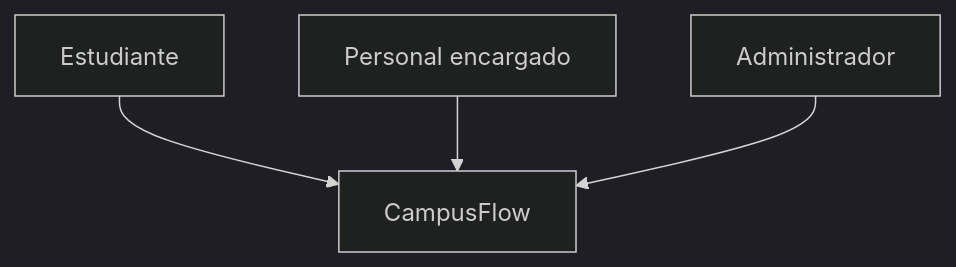
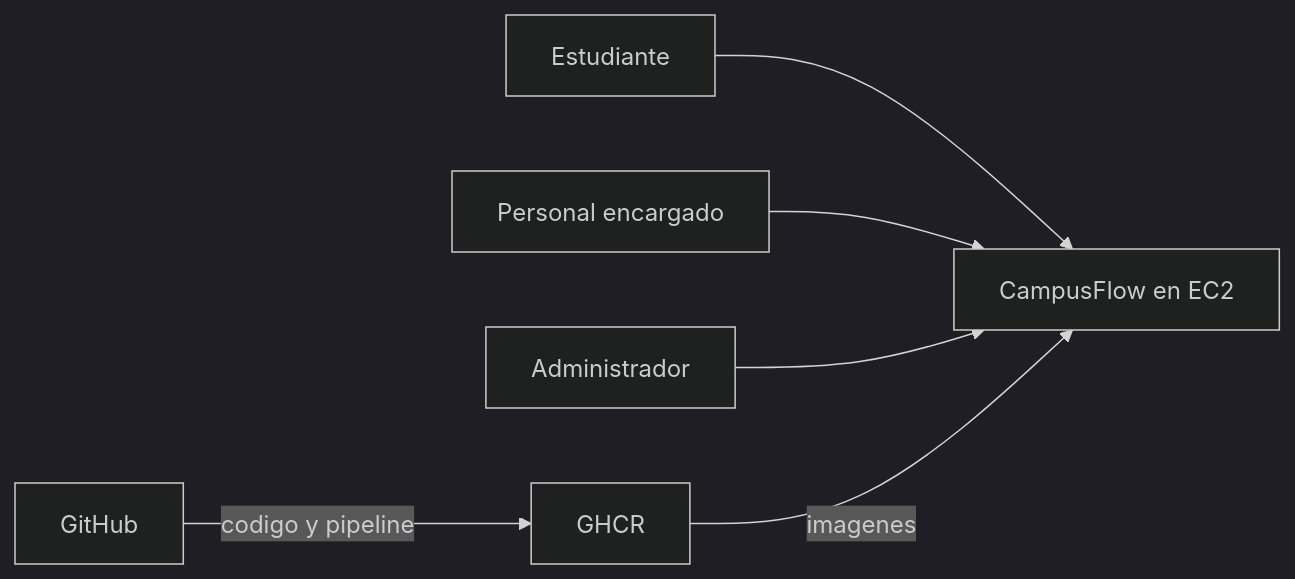
One commit to Sebastian080502/campusflow changed the diagram in docs/05-architecture/c4-context.md. Above: the diagram before and after it, drawn with Mermaid (dark theme). The commit also changed other lines of this file and 75 other files, not shown here.

````diff
--- a/docs/05-architecture/c4-context.md
+++ b/docs/05-architecture/c4-context.md
@@ -3,10 +3,14 @@
 ```mermaid
-flowchart TB
+flowchart LR
   estudiante[Estudiante]
   personal[Personal encargado]
   admin[Administrador]
-  campusflow[CampusFlow]
+  campusflow[CampusFlow en EC2]
+  github[GitHub]
+  ghcr[GHCR]
   estudiante --> campusflow
   personal --> campusflow
   admin --> campusflow
+  github -->|codigo y pipeline| ghcr
+  ghcr -->|imagenes| campusflow
 ```
````
